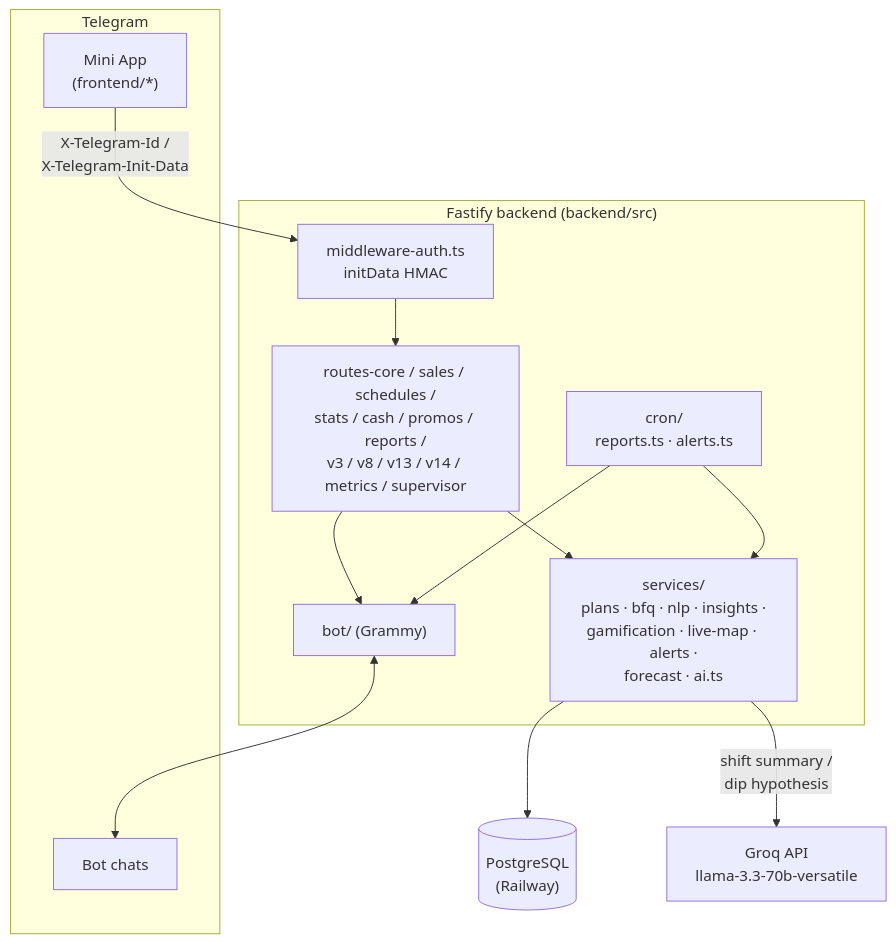
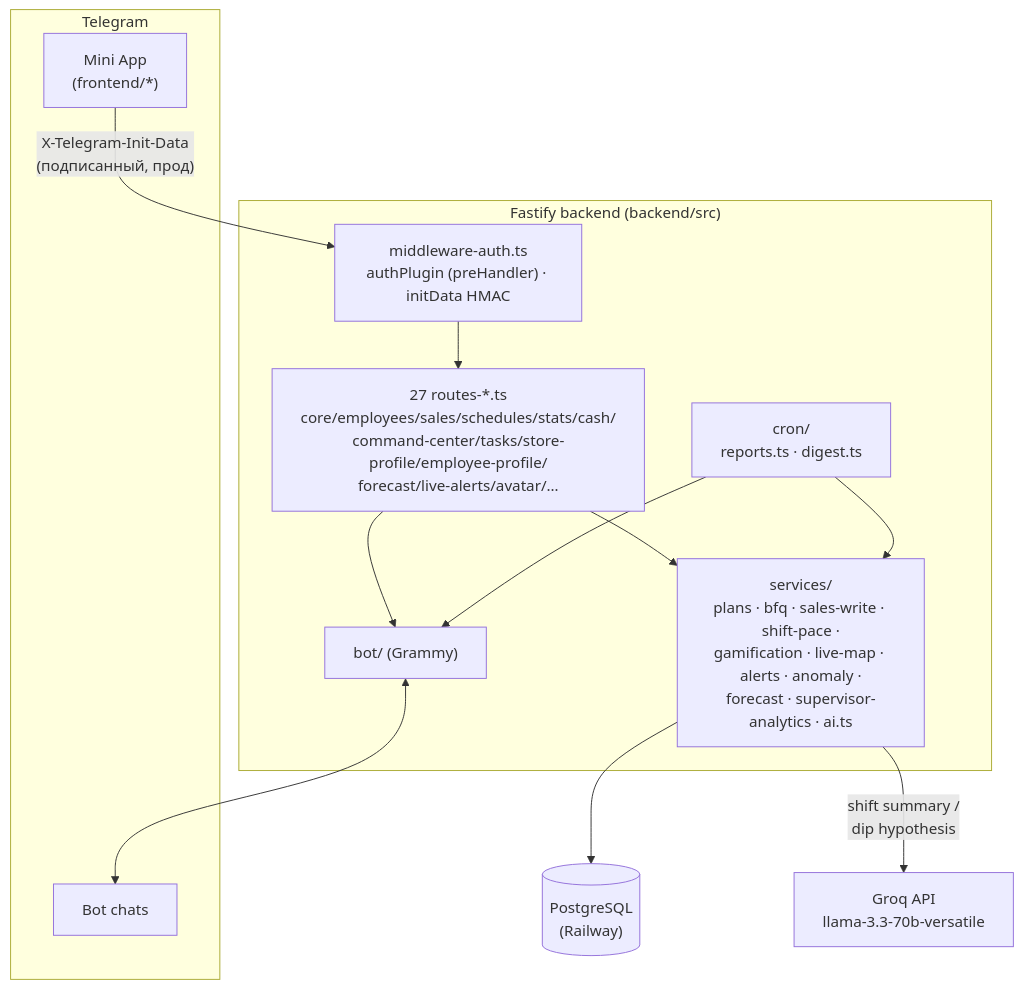
One commit to JustT1MExGOD/tele2-app changed the diagram in README.md. Above: the diagram before and after it, drawn with Mermaid. The commit also changed other lines of this file, not shown here.

````diff
--- a/README.md
+++ b/README.md
@@ -121,27 +126,27 @@
 ```mermaid
 flowchart TB
     subgraph TG["Telegram"]
         MA["Mini App<br/>(frontend/*)"]
         CH["Bot chats"]
     end
 
     subgraph BE["Fastify backend (backend/src)"]
-        AUTH["middleware-auth.ts<br/>initData HMAC"]
-        ROUTES["routes-core / sales / schedules /<br/>stats / cash / promos / reports /<br/>v3 / v8 / v13 / v14 / metrics / supervisor"]
-        SVC["services/<br/>plans · bfq · nlp · insights ·<br/>gamification · live-map · alerts ·<br/>forecast · ai.ts"]
-        CRON["cron/<br/>reports.ts · alerts.ts"]
+        AUTH["middleware-auth.ts<br/>authPlugin (preHandler) · initData HMAC"]
+        ROUTES["27 routes-*.ts<br/>core/employees/sales/schedules/stats/cash/<br/>command-center/tasks/store-profile/employee-profile/<br/>forecast/live-alerts/avatar/…"]
+        SVC["services/<br/>plans · bfq · sales-write · shift-pace ·<br/>gamification · live-map · alerts · anomaly ·<br/>forecast · supervisor-analytics · ai.ts"]
+        CRON["cron/<br/>reports.ts · digest.ts"]
         BOT["bot/ (Grammy)"]
     end
 
     PG[("PostgreSQL<br/>(Railway)")]
     GROQ["Groq API<br/>llama-3.3-70b-versatile"]
 
-    MA -- "X-Telegram-Id /<br/>X-Telegram-Init-Data" --> AUTH
+    MA -- "X-Telegram-Init-Data<br/>(подписанный, прод)" --> AUTH
     AUTH --> ROUTES --> SVC
     CRON --> SVC
     SVC --> PG
     SVC -- "shift summary /<br/>dip hypothesis" --> GROQ
     BOT <--> CH
     ROUTES --> BOT
     CRON --> BOT
 ```
````
